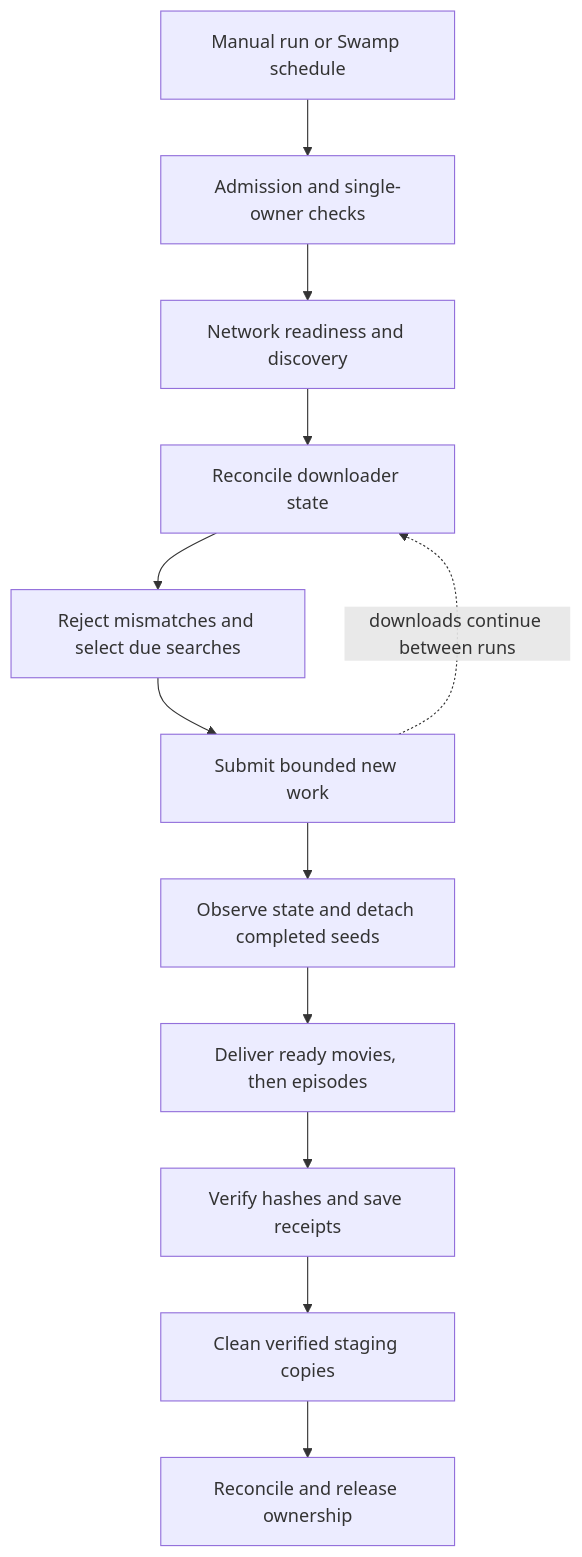
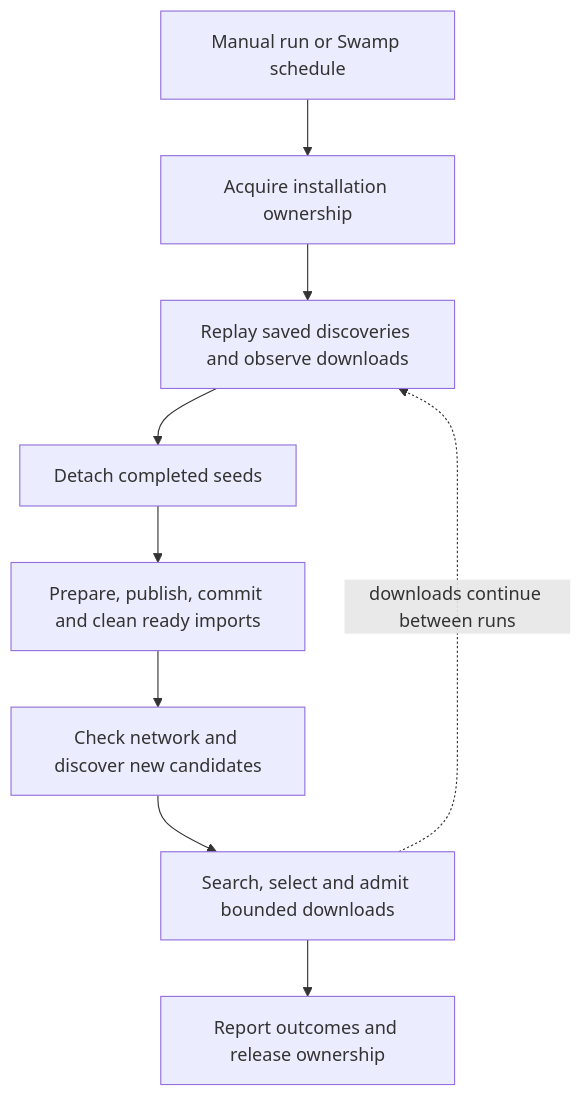
One commit to funsaized/hoardarr changed the diagram in README.md. Above: the diagram before and after it, drawn with Mermaid. The commit also changed other lines of this file and 35 other files, not shown here.

Commit message:
Organize library files and simplify Swamp imports

````diff
--- a/README.md
+++ b/README.md
@@ -337,14 +337,11 @@
 ```mermaid
 flowchart TD
-    A[Manual run or Swamp schedule] --> B[Admission and single-owner checks]
-    B --> C[Network readiness and discovery]
-    C --> D[Reconcile downloader state]
-    D --> E[Reject mismatches and select due searches]
-    E --> F[Submit bounded new work]
-    F --> G[Observe state and detach completed seeds]
-    G --> H[Deliver ready movies, then episodes]
-    H --> I[Verify hashes and save receipts]
-    I --> J[Clean verified staging copies]
-    J --> K[Reconcile and release ownership]
-    F -. downloads continue between runs .-> D
+    A[Manual run or Swamp schedule] --> B[Acquire installation ownership]
+    B --> C[Replay saved discoveries and observe downloads]
+    C --> D[Detach completed seeds]
+    D --> E[Prepare, publish, commit and clean ready imports]
+    E --> F[Check network and discover new candidates]
+    F --> G[Search, select and admit bounded downloads]
+    G --> H[Report outcomes and release ownership]
+    G -. downloads continue between runs .-> C
 ```
````
